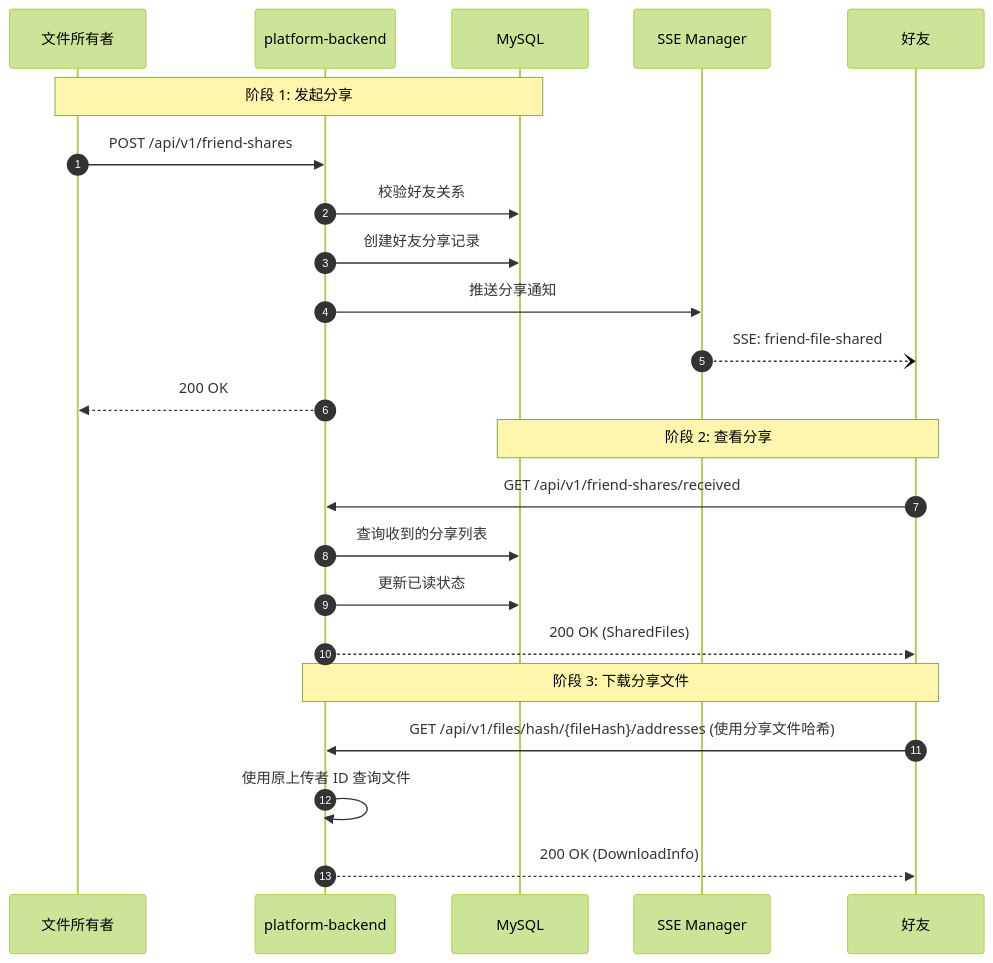
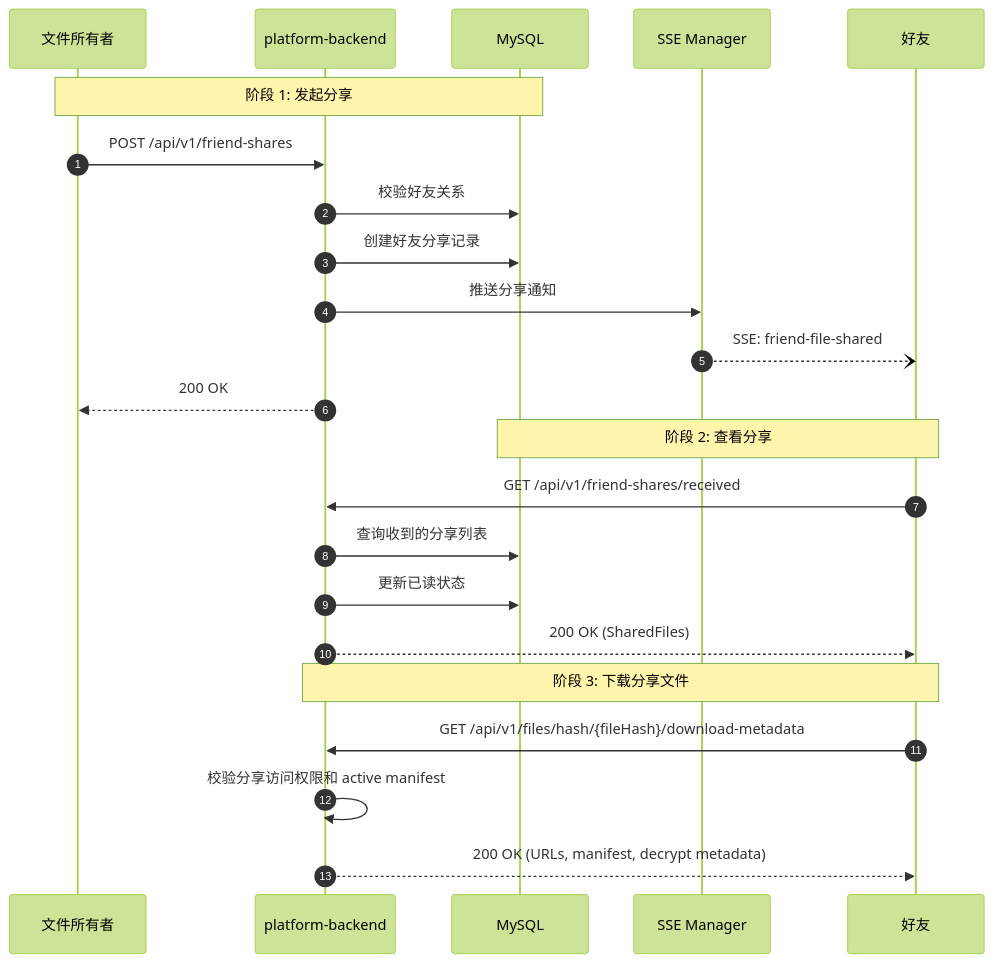
One commit to SoarCollab/RecordPlatform changed the fifth of 9 diagrams in docs/zh/architecture/system-overview.md. Above: the diagram before and after it, drawn with Mermaid (forest theme). The commit also changed other lines of this file and 10 other files, not shown here.

Commit message:
docs: align contracts with strict upload flows

````diff
--- a/docs/zh/architecture/system-overview.md
+++ b/docs/zh/architecture/system-overview.md
@@ -229,29 +235,29 @@
 ```mermaid
 sequenceDiagram
     autonumber
 
     participant Owner as 文件所有者
     participant Backend as platform-backend
     participant DB as MySQL
     participant SSE as SSE Manager
     participant Friend as 好友
 
     Note over Owner, DB: 阶段 1: 发起分享
     Owner->>Backend: POST /api/v1/friend-shares
     Backend->>DB: 校验好友关系
     Backend->>DB: 创建好友分享记录
     Backend->>SSE: 推送分享通知
     SSE--)Friend: SSE: friend-file-shared
     Backend-->>Owner: 200 OK
 
     Note over Friend, DB: 阶段 2: 查看分享
     Friend->>Backend: GET /api/v1/friend-shares/received
     Backend->>DB: 查询收到的分享列表
     Backend->>DB: 更新已读状态
     Backend-->>Friend: 200 OK (SharedFiles)
 
     Note over Friend, Backend: 阶段 3: 下载分享文件
-    Friend->>Backend: GET /api/v1/files/hash/{fileHash}/addresses (使用分享文件哈希)
-    Backend->>Backend: 使用原上传者 ID 查询文件
-    Backend-->>Friend: 200 OK (DownloadInfo)
+    Friend->>Backend: GET /api/v1/files/hash/{fileHash}/download-metadata
+    Backend->>Backend: 校验分享访问权限和 active manifest
+    Backend-->>Friend: 200 OK (URLs, manifest, decrypt metadata)
 ```
````
